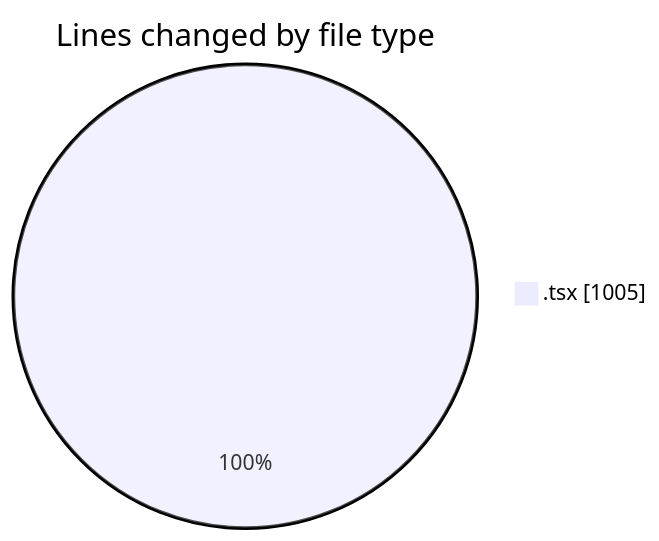
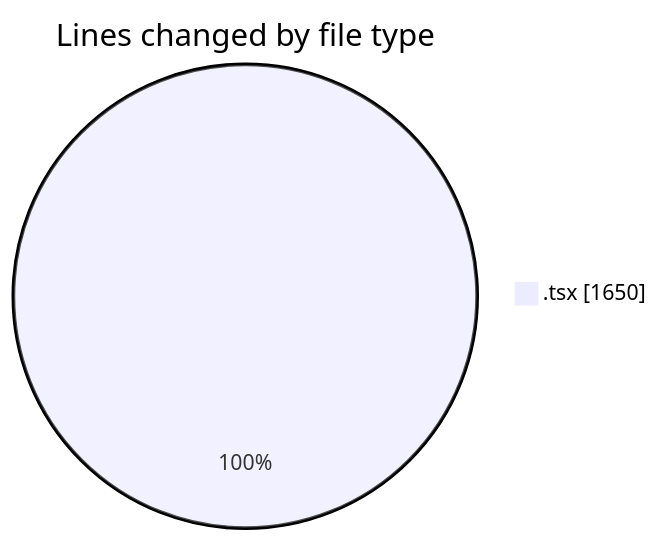
One commit to nxtqubesakshisongat/code-tracking changed the first of 2 diagrams in 2026-06-17/nxtqube_webapp/README.md. Above: the diagram before and after it, drawn with Mermaid. The commit also changed other lines of this file and 1 other file, not shown here.

````diff
--- a/2026-06-17/nxtqube_webapp/README.md
+++ b/2026-06-17/nxtqube_webapp/README.md
@@ -23,5 +24,5 @@
 ```mermaid
 pie showData
 title Lines changed by file type
-".tsx" : 1005
+".tsx" : 1650
 ```
````
